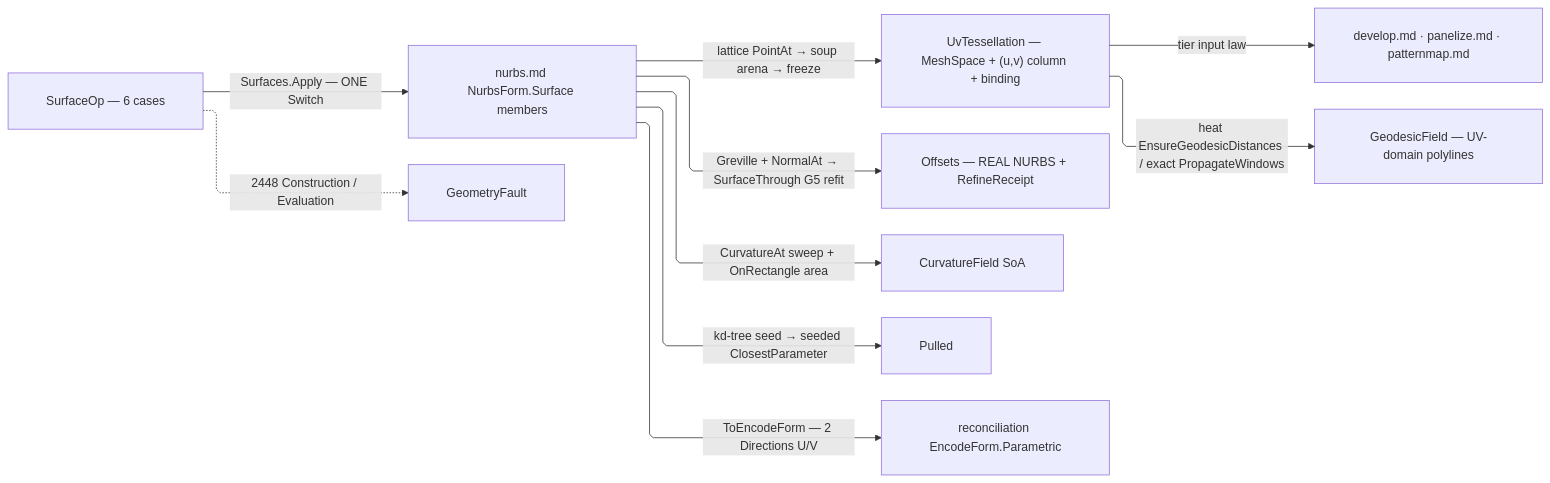
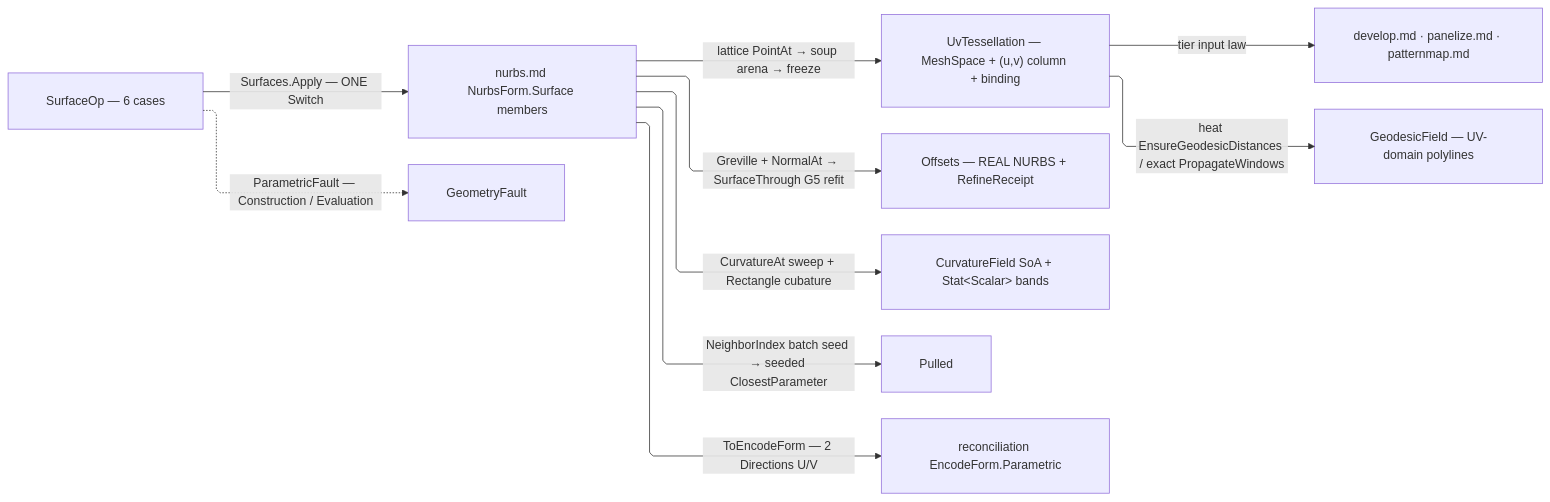
The diagram in libs/csharp/Rasm/.planning/Parametric/surface.md (bsamiee/Rasm), drawn with Mermaid before and after one commit. The commit also changed other lines of this file and 818 other files, not shown here.

````diff
--- a/libs/csharp/Rasm/.planning/Parametric/surface.md
+++ b/libs/csharp/Rasm/.planning/Parametric/surface.md
@@ -258,21 +259,21 @@
 ```mermaid
 ---
 config:
   layout: elk
   flowchart:
     curve: linear
     padding: 25
 ---
 flowchart LR
     accTitle: Surface op dispatch and result carriers
     accDescr: Surfaces.Apply folds the SurfaceOp cases over nurbs.md engine members into typed SurfaceResult carriers; UvTessellation is the tier seam feeding develop, panelize, and patternmap, and refusals route to GeometryFault.
     Op["SurfaceOp — 6 cases"] -->|"Surfaces.Apply — ONE Switch"| Engine["nurbs.md NurbsForm.Surface members"]
     Engine -->|"lattice PointAt → soup arena → freeze"| UvT["UvTessellation — MeshSpace + (u,v) column + binding"]
     UvT -->|"tier input law"| Consumers["develop.md · panelize.md · patternmap.md"]
     UvT -->|"heat EnsureGeodesicDistances / exact PropagateWindows"| Contours["GeodesicField — UV-domain polylines"]
     Engine -->|"Greville + NormalAt → SurfaceThrough G5 refit"| Offsets["Offsets — REAL NURBS + RefineReceipt"]
-    Engine -->|"CurvatureAt sweep + OnRectangle area"| Field["CurvatureField SoA"]
-    Engine -->|"kd-tree seed → seeded ClosestParameter"| Pulled
+    Engine -->|"CurvatureAt sweep + Rectangle cubature"| Field["CurvatureField SoA + Stat&lt;Scalar&gt; bands"]
+    Engine -->|"NeighborIndex batch seed → seeded ClosestParameter"| Pulled
     Engine -->|"ToEncodeForm — 2 Directions U/V"| Identity["reconciliation EncodeForm.Parametric"]
-    Op -.->|"2448 Construction / Evaluation"| GeometryFault
+    Op -.->|"ParametricFault — Construction / Evaluation"| GeometryFault
 ```
````
